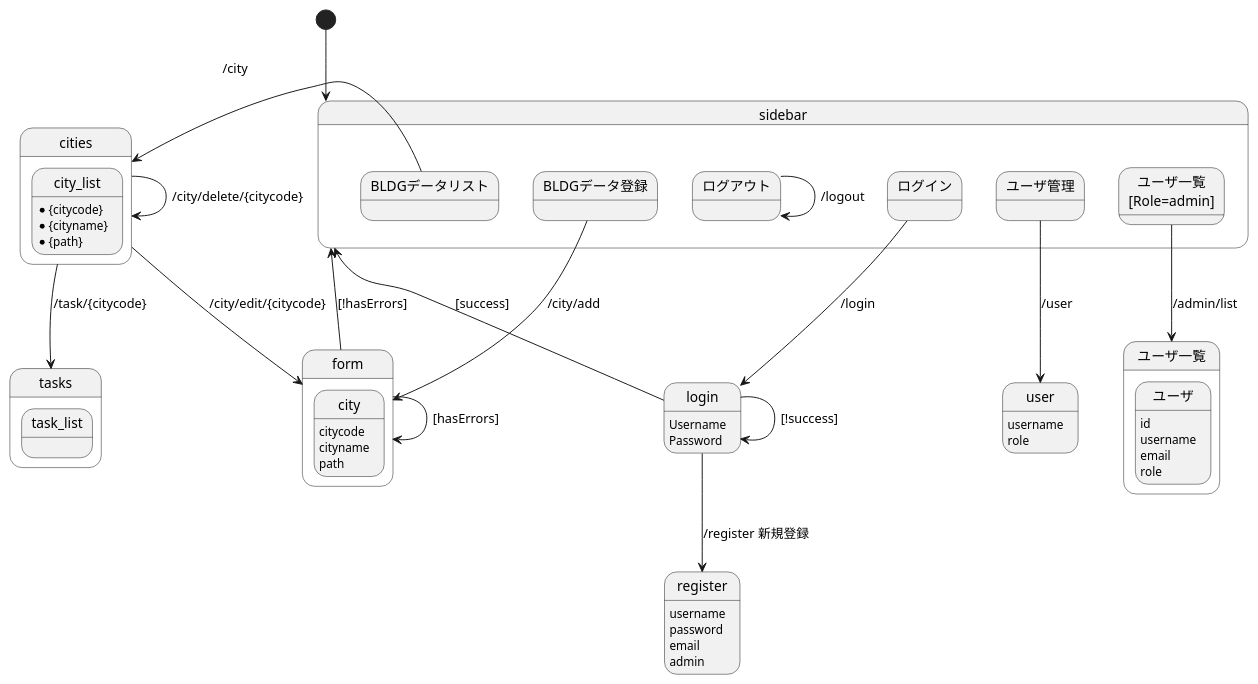
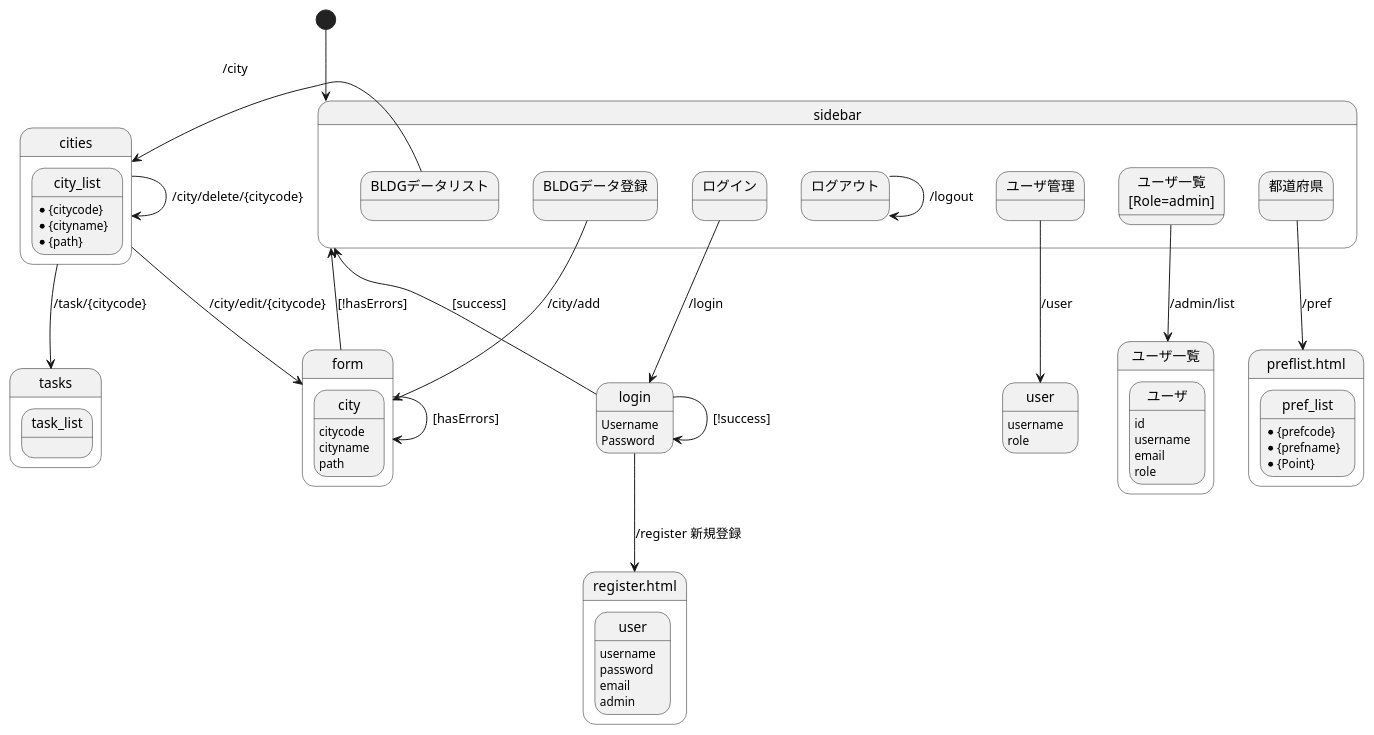
Before and after one commit to yuuhayashi/task-bldg: the diagram in controller.pu, drawn with PlantUML. The commit also changed 2001 other files, not shown here.

Commit message:
OK: "/tasks/00000"の地図表示

```diff
--- a/controller.pu
+++ b/controller.pu
@@ -1,76 +1,88 @@
 @startuml
 
 [*] --> sidebar
 
 state sidebar {
 	state "ユーザ管理" as users
 	state "ユーザ一覧\n[Role=admin]" as list_
 	state "ログイン" as login_
 	state "ログアウト" as logout
 	state "BLDGデータリスト" as indeies
 	state "BLDGデータ登録" as add
+	state "都道府県" as pref
 	logout --> logout : /logout
 }
 indeies --> cities : /city
 
 state "login" as login {
 	login : Username
 	login : Password
 }
 
-state "register" as register {
-	register : username
-	register : password
-	register : email
-	register : admin
+state "register.html" as register {
+	state "user" as register_user {
+		register_user : username
+		register_user : password
+		register_user : email
+		register_user : admin
+	}
 }
 
 login_ --> login : /login
 login --> login : [!success]
 sidebar <-- login : [success]
 login --> register : /register 新規登録
 
 state user {
 	user : username
 	user : role
 }
 users --> user : /user
 
 state "ユーザ一覧" as list {
 	state ユーザ {
 		ユーザ : id
 		ユーザ : username
 		ユーザ : email
 		ユーザ : role
 	}
 }
 list_ --> list : /admin/list
 
 state cities {
 	state city_list {
 		city_list : *{citycode}
 		city_list : *{cityname}
 		city_list : *{path}
 	}
 }
 cities --> cities : /city/delete/{citycode}
 cities --> form : /city/edit/{citycode}
 cities --> tasks : /task/{citycode}
 
 state tasks {
 	state task_list
 }
 
 state form {
 	state city {
 		city : citycode
 		city : cityname
 		city : path
 	}
 }
 
+state "preflist.html" as preflist {
+	state pref_list {
+		pref_list : *{prefcode}
+		pref_list : *{prefname}
+		pref_list : *{Point}
+	}
+}
+pref --> preflist : /pref
+
 add --> form : /city/add
 form --> sidebar : [!hasErrors]
 form --> form : [hasErrors]
 
 @enduml
```
